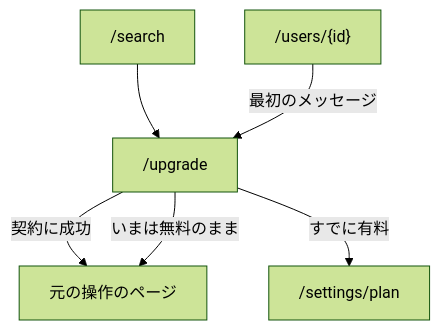
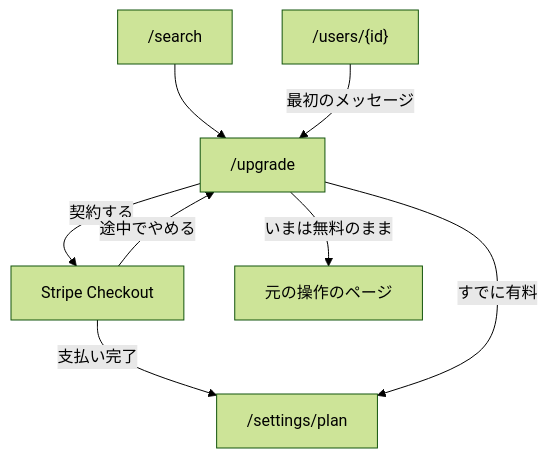
The diagram in apps/internal-dashboard/content/docs/pages/member-upgrade.md (masseater/typescript-template), drawn with Mermaid (forest theme) before and after one commit. The commit also changed other lines of this file and 2 other files, not shown here.

First line of the commit message:
Fix the billing spec to one monthly Stripe plan managed through Checkout and the Billing Portal

````diff
--- a/apps/internal-dashboard/content/docs/pages/member-upgrade.md
+++ b/apps/internal-dashboard/content/docs/pages/member-upgrade.md
@@ -35,8 +36,10 @@
 ```mermaid
 flowchart TD
   search["/search"] --> upgrade["/upgrade"]
   profile["/users/{id}"] -- 最初のメッセージ --> upgrade
-  upgrade -- 契約に成功 --> back["元の操作のページ"]
-  upgrade -- いまは無料のまま --> back
+  upgrade -- 契約する --> checkout["Stripe Checkout"]
+  checkout -- 支払い完了 --> plan
+  checkout -- 途中でやめる --> upgrade
+  upgrade -- いまは無料のまま --> back["元の操作のページ"]
   upgrade -- すでに有料 --> plan["/settings/plan"]
 ```
````
